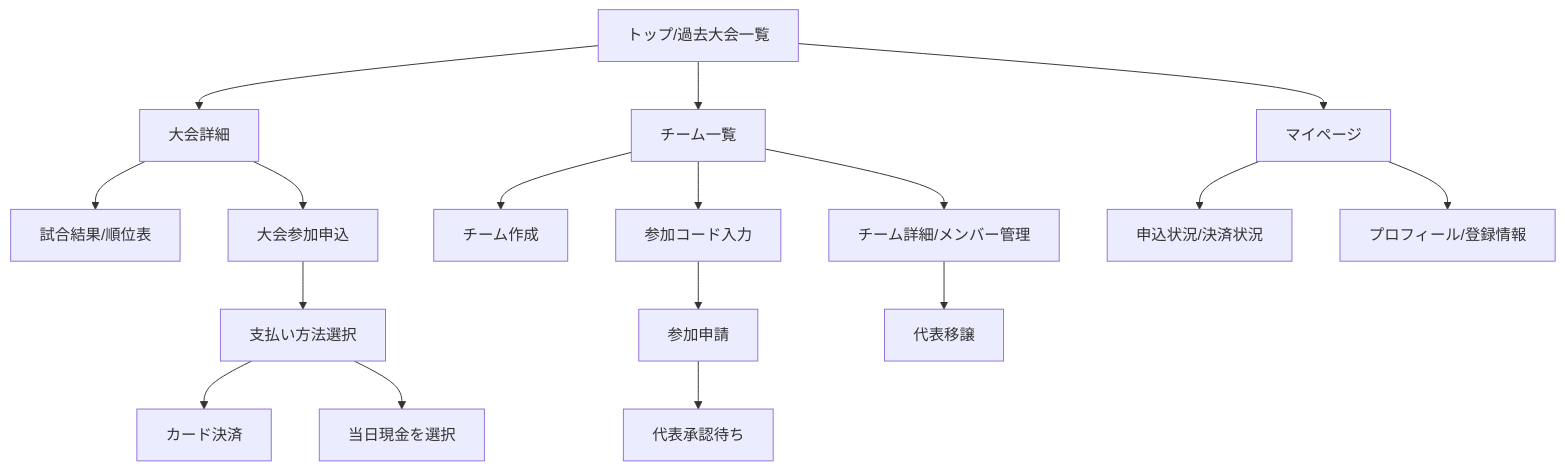
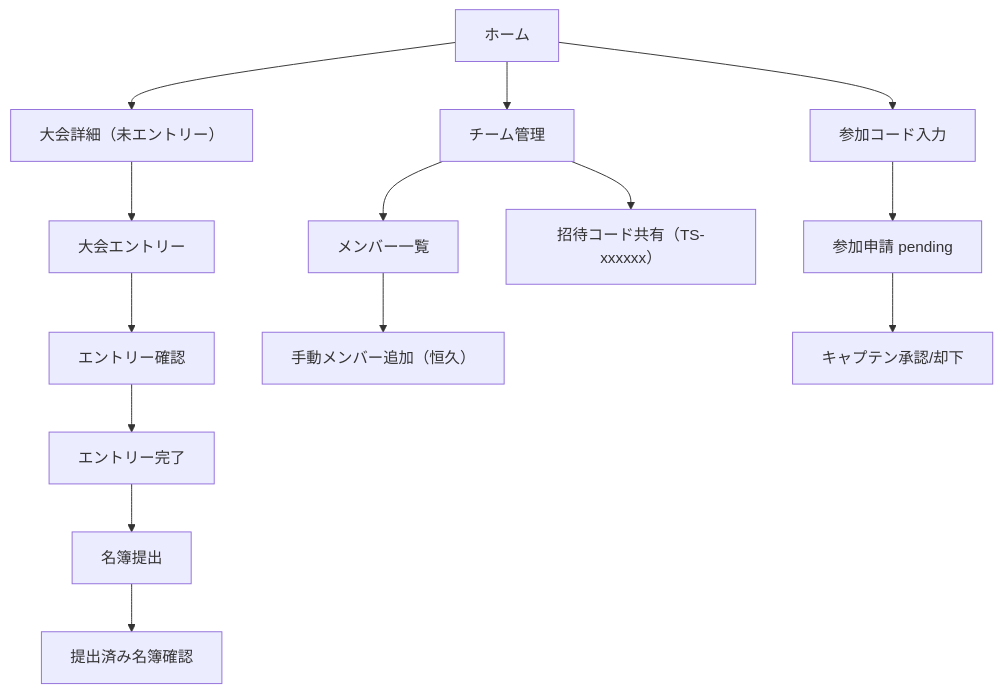
One commit to daichi-okamoto/society_app changed the first of 3 diagrams in docs/flow.md. Above: the diagram before and after it, drawn with Mermaid. The commit also changed other lines of this file and 40 other files, not shown here.

````diff
--- a/docs/flow.md
+++ b/docs/flow.md
@@ -4,23 +6,17 @@
 ```mermaid
 flowchart TD
-  A[トップ/過去大会一覧] --> B[大会詳細]
-  B --> C[試合結果/順位表]
+  A["ホーム"] --> B["大会詳細（未エントリー）"]
+  B --> C["大会エントリー"]
+  C --> D["エントリー確認"]
+  D --> E["エントリー完了"]
+  E --> F["名簿提出"]
+  F --> G["提出済み名簿確認"]
 
-  A --> D[チーム一覧]
-  D --> E[チーム作成]
-  D --> F[参加コード入力]
-  F --> G[参加申請]
-  G --> H[代表承認待ち]
-
-  D --> I[チーム詳細/メンバー管理]
-  I --> J[代表移譲]
-
-  B --> K[大会参加申込]
-  K --> L[支払い方法選択]
-  L --> M[カード決済]
-  L --> N[当日現金を選択]
-
-  A --> O[マイページ]
-  O --> P[申込状況/決済状況]
-  O --> Q[プロフィール/登録情報]
+  A --> H["チーム管理"]
+  H --> I["メンバー一覧"]
+  I --> J["手動メンバー追加（恒久）"]
+  H --> K["招待コード共有（TS-xxxxxx）"]
+  A --> L["参加コード入力"]
+  L --> M["参加申請 pending"]
+  M --> N["キャプテン承認/却下"]
 ```
````
